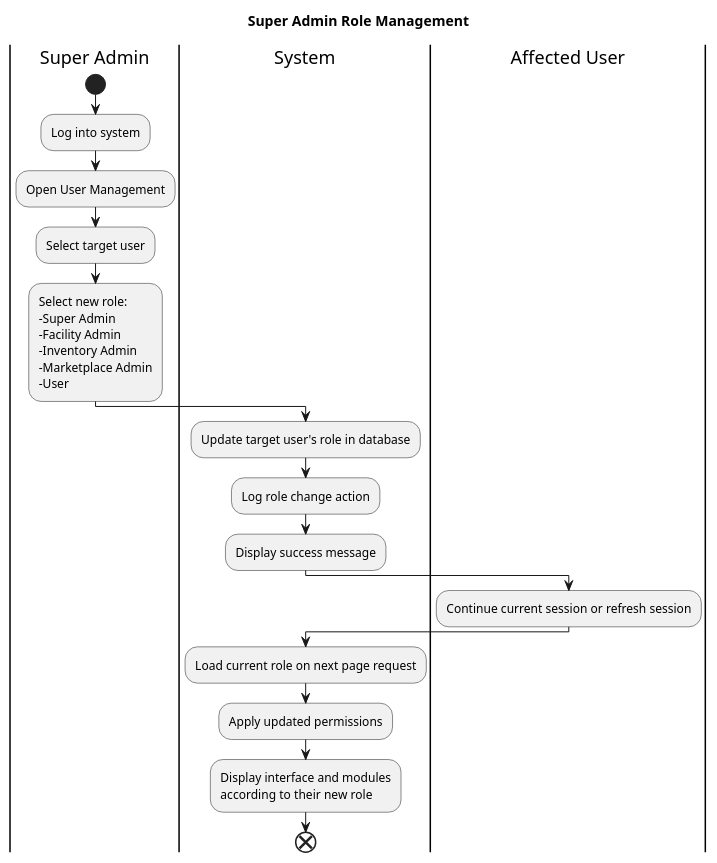
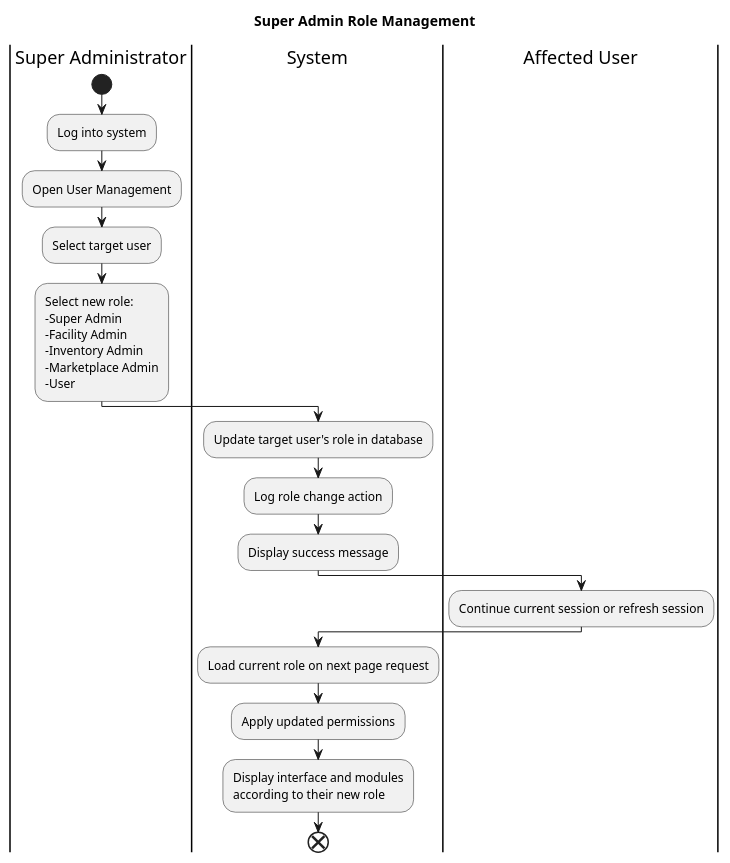
The diagram in activityDiagrams/Site Admin Role Management.puml (JanPerez35/PlantUML), drawn with PlantUML before and after one commit. The commit also changed 9 other files, not shown here.

Commit message:
Updated use case and activity diagrams for clarity.

```diff
--- a/activityDiagrams/Site Admin Role Management.puml
+++ b/activityDiagrams/Site Admin Role Management.puml
@@ -1,30 +1,30 @@
 @startuml
 title Super Admin Role Management
 
-|Super Admin|
+|Super Administrator|
 start
 :Log into system;
 :Open User Management;
 :Select target user;
 :Select new role:
 -Super Admin
 -Facility Admin
 -Inventory Admin
 -Marketplace Admin
 -User;
 
 |System|
 :Update target user's role in database;
 :Log role change action;
 :Display success message;
 
 |Affected User|
 :Continue current session or refresh session;
 
 |System|
 :Load current role on next page request;
 :Apply updated permissions;
 :Display interface and modules\naccording to their new role;
 
 end
 @enduml
```
